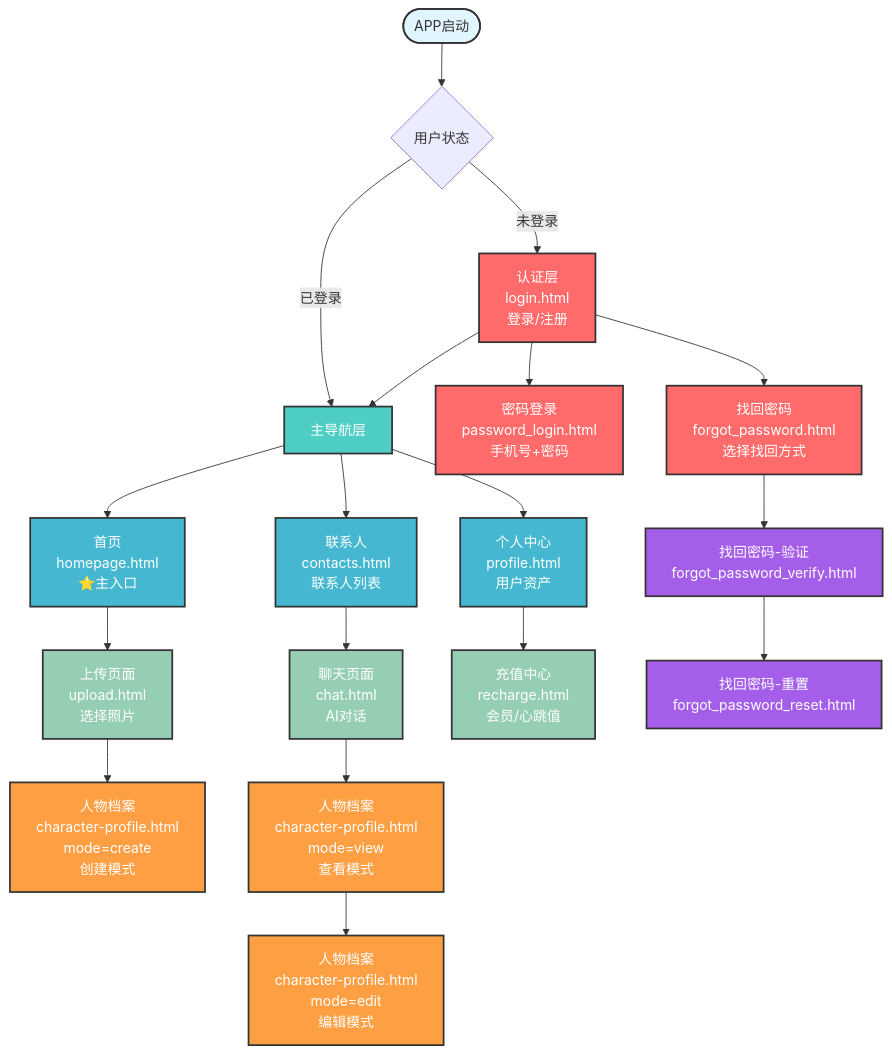
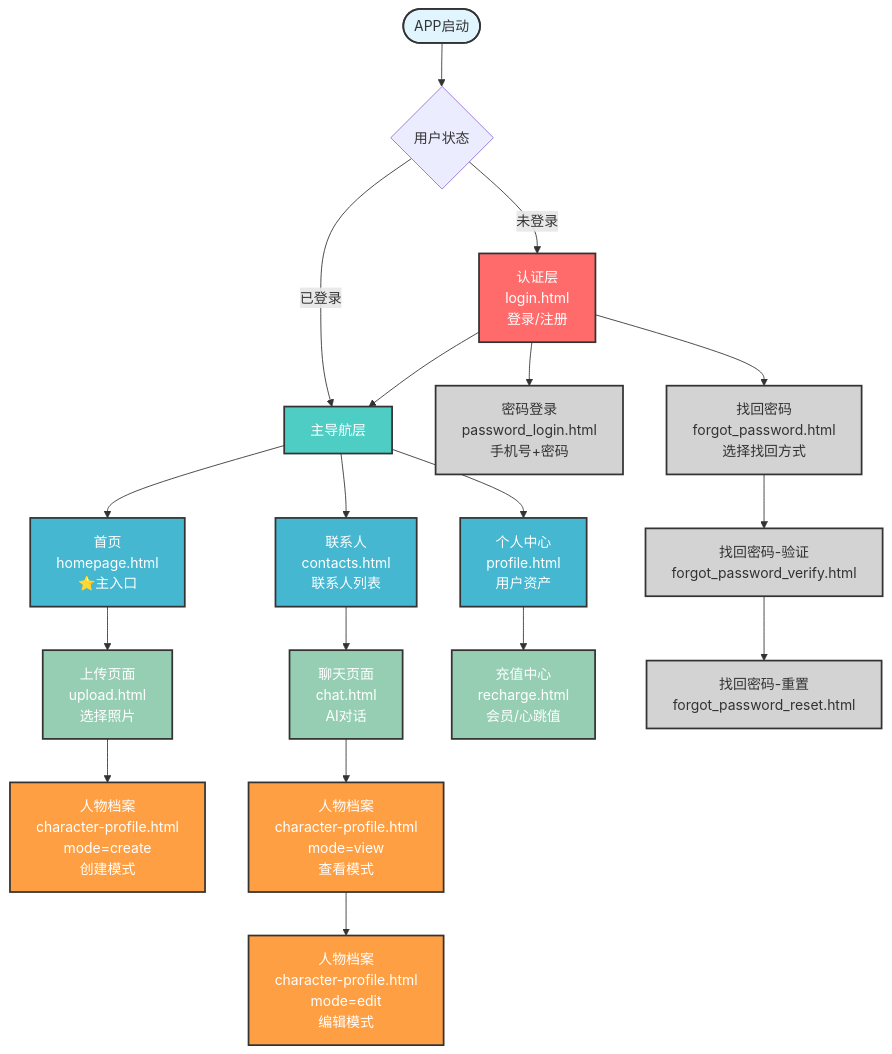
The diagram in MVP页面层级图.md (Cynthiafu9508/Yunyang), drawn with Mermaid before and after one commit.

Commit message:
更新MVP页面层级图：密码登录和找回密码相关页面改为浅灰色

````diff
--- a/MVP页面层级图.md
+++ b/MVP页面层级图.md
@@ -12,44 +12,44 @@
 ```mermaid
 graph TD
     Start([APP启动]) --> Auth{用户状态}
     
     Auth -->|未登录| Login[认证层<br/>login.html<br/>登录/注册]
     Auth -->|已登录| MainNav[主导航层]
     
     Login --> MainNav
     
     MainNav --> Tab1[首页<br/>homepage.html<br/>⭐主入口]
     MainNav --> Tab2[联系人<br/>contacts.html<br/>联系人列表]
     MainNav --> Tab3[个人中心<br/>profile.html<br/>用户资产]
     
     Tab1 --> Upload[上传页面<br/>upload.html<br/>选择照片]
     Upload --> CharCreate[人物档案<br/>character-profile.html<br/>mode=create<br/>创建模式]
     
     Tab2 --> Chat[聊天页面<br/>chat.html<br/>AI对话]
     Chat --> CharView[人物档案<br/>character-profile.html<br/>mode=view<br/>查看模式]
     CharView --> CharEdit[人物档案<br/>character-profile.html<br/>mode=edit<br/>编辑模式]
     
     Tab3 --> Recharge[充值中心<br/>recharge.html<br/>会员/心跳值]
     
     Login --> PasswordLogin[密码登录<br/>password_login.html<br/>手机号+密码]
     Login --> ForgotMain[找回密码<br/>forgot_password.html<br/>选择找回方式]
     ForgotMain --> Forgot1[找回密码-验证<br/>forgot_password_verify.html]
     Forgot1 --> Forgot2[找回密码-重置<br/>forgot_password_reset.html]
     
     style Start fill:#e1f5ff,stroke:#333,stroke-width:2px
     style Login fill:#ff6b6b,stroke:#333,stroke-width:2px,color:#fff
     style MainNav fill:#4ecdc4,stroke:#333,stroke-width:2px,color:#fff
     style Tab1 fill:#45b7d1,stroke:#333,stroke-width:2px,color:#fff
     style Tab2 fill:#45b7d1,stroke:#333,stroke-width:2px,color:#fff
     style Tab3 fill:#45b7d1,stroke:#333,stroke-width:2px,color:#fff
     style Upload fill:#96ceb4,stroke:#333,stroke-width:2px,color:#fff
     style Chat fill:#96ceb4,stroke:#333,stroke-width:2px,color:#fff
     style Recharge fill:#96ceb4,stroke:#333,stroke-width:2px,color:#fff
     style CharCreate fill:#ff9f43,stroke:#333,stroke-width:2px,color:#fff
     style CharView fill:#ff9f43,stroke:#333,stroke-width:2px,color:#fff
     style CharEdit fill:#ff9f43,stroke:#333,stroke-width:2px,color:#fff
-    style PasswordLogin fill:#ff6b6b,stroke:#333,stroke-width:2px,color:#fff
-    style ForgotMain fill:#ff6b6b,stroke:#333,stroke-width:2px,color:#fff
-    style Forgot1 fill:#a55eea,stroke:#333,stroke-width:2px,color:#fff
-    style Forgot2 fill:#a55eea,stroke:#333,stroke-width:2px,color:#fff
+    style PasswordLogin fill:#d3d3d3,stroke:#333,stroke-width:2px,color:#333
+    style ForgotMain fill:#d3d3d3,stroke:#333,stroke-width:2px,color:#333
+    style Forgot1 fill:#d3d3d3,stroke:#333,stroke-width:2px,color:#333
+    style Forgot2 fill:#d3d3d3,stroke:#333,stroke-width:2px,color:#333
 ```
````
